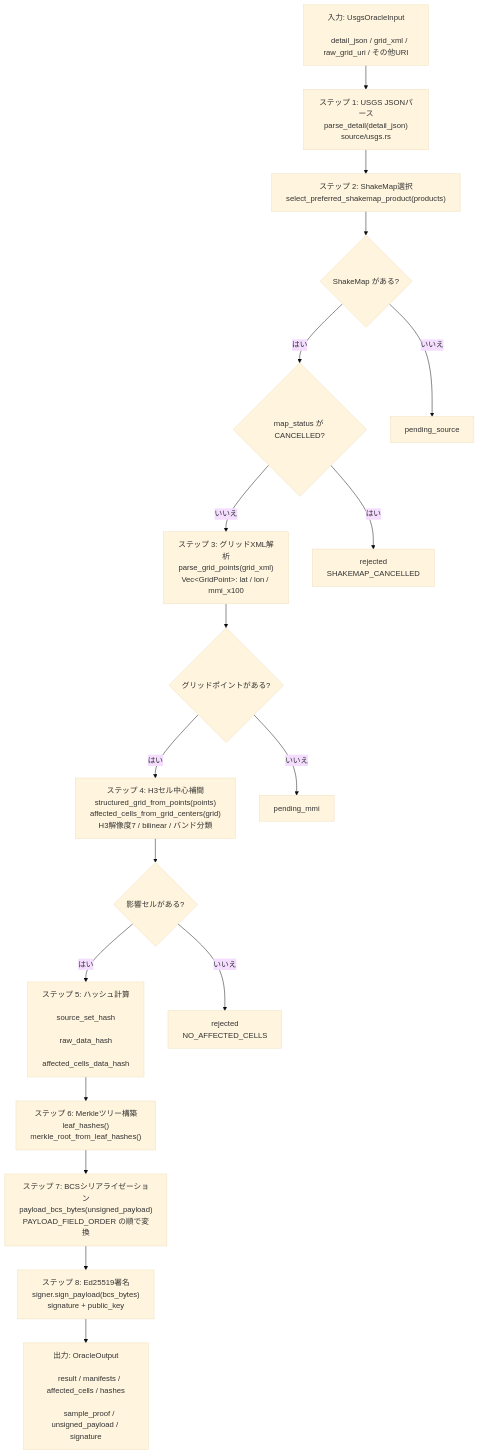
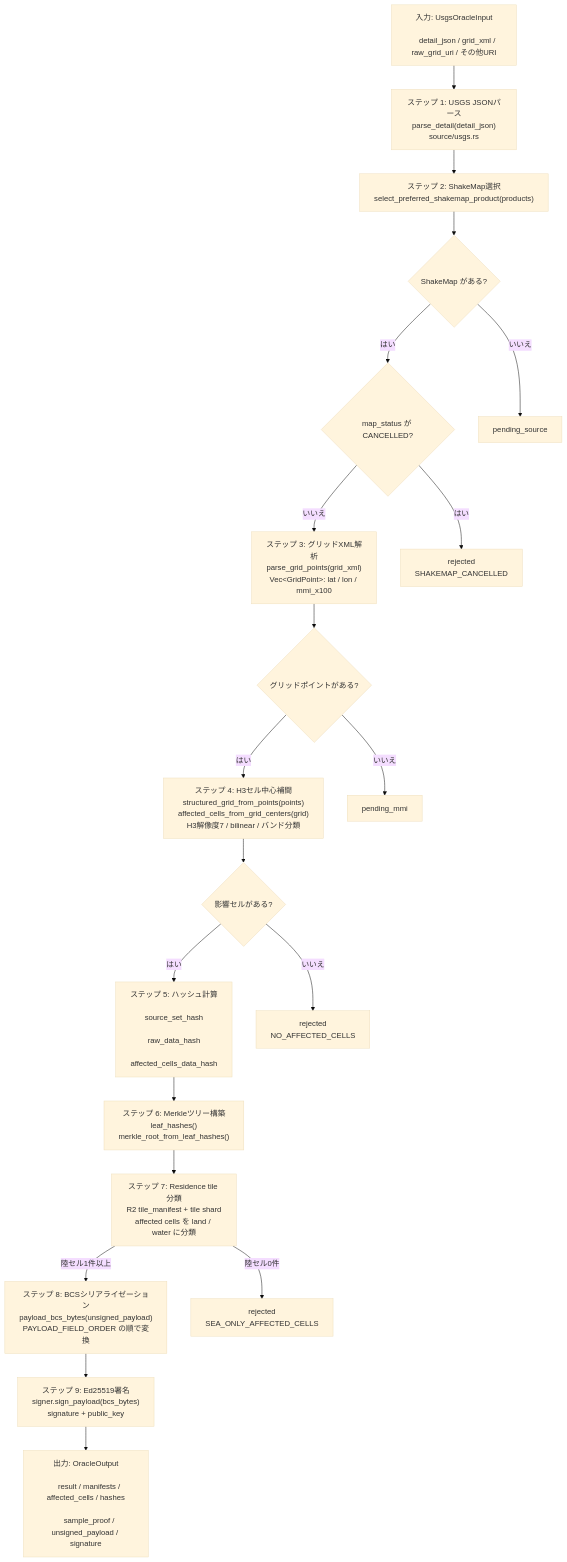
One commit to UnagiLabs/Sonari changed the first of 3 diagrams in docs/verifiers/earthquake_tee.md. Above: the diagram before and after it, drawn with Mermaid (base theme). The commit also changed other lines of this file and 6 other files, not shown here.

First line of the commit message:
docs: earthquakeのresidenceセル定義とresidence tile運用手順をdocs/schemaに反映

````diff
--- a/docs/verifiers/earthquake_tee.md
+++ b/docs/verifiers/earthquake_tee.md
@@ -48,56 +48,61 @@
 ```mermaid
 flowchart TD
   input[
     入力: UsgsOracleInput<br/>
     detail_json / grid_xml / raw_grid_uri / その他URI
   ]
 
   parse["ステップ 1: USGS JSONパース<br/>parse_detail(detail_json)<br/>source/usgs.rs"]
 
   select["ステップ 2: ShakeMap選択<br/>select_preferred_shakemap_product(products)"]
 
   hasShakeMap{ShakeMap がある?}
   cancelled{map_status が CANCELLED?}
 
   grid["ステップ 3: グリッドXML解析<br/>parse_grid_points(grid_xml)<br/>Vec&lt;GridPoint&gt;: lat / lon / mmi_x100"]
 
   hasGrid{グリッドポイントがある?}
 
   cells["ステップ 4: H3セル中心補間<br/>structured_grid_from_points(points)<br/>affected_cells_from_grid_centers(grid)<br/>H3解像度7 / bilinear / バンド分類"]
 
   hasAffectedCells{影響セルがある?}
 
   hash[
     ステップ 5: ハッシュ計算<br/>
     source_set_hash<br/>
     raw_data_hash<br/>
     affected_cells_data_hash
   ]
 
   merkle["ステップ 6: Merkleツリー構築<br/>leaf_hashes()<br/>merkle_root_from_leaf_hashes()"]
 
-  bcs["ステップ 7: BCSシリアライゼーション<br/>payload_bcs_bytes(unsigned_payload)<br/>PAYLOAD_FIELD_ORDER の順で変換"]
+  land["ステップ 7: Residence tile 分類<br/>R2 tile_manifest + tile shard<br/>affected cells を land / water に分類"]
 
-  sign["ステップ 8: Ed25519署名<br/>signer.sign_payload(bcs_bytes)<br/>signature + public_key"]
+  bcs["ステップ 8: BCSシリアライゼーション<br/>payload_bcs_bytes(unsigned_payload)<br/>PAYLOAD_FIELD_ORDER の順で変換"]
+
+  sign["ステップ 9: Ed25519署名<br/>signer.sign_payload(bcs_bytes)<br/>signature + public_key"]
 
   output[
     出力: OracleOutput<br/>
     result / manifests / affected_cells / hashes<br/>
     sample_proof / unsigned_payload / signature
   ]
 
   pendingSource[pending_source]
   pendingMmi[pending_mmi]
   rejectedCancelled[rejected<br/>SHAKEMAP_CANCELLED]
   rejectedNoCells[rejected<br/>NO_AFFECTED_CELLS]
+  rejectedSeaOnly[rejected<br/>SEA_ONLY_AFFECTED_CELLS]
 
   input --> parse --> select --> hasShakeMap
   hasShakeMap -->|いいえ| pendingSource
   hasShakeMap -->|はい| cancelled
   cancelled -->|はい| rejectedCancelled
   cancelled -->|いいえ| grid --> hasGrid
   hasGrid -->|いいえ| pendingMmi
   hasGrid -->|はい| cells --> hasAffectedCells
   hasAffectedCells -->|いいえ| rejectedNoCells
-  hasAffectedCells -->|はい| hash --> merkle --> bcs --> sign --> output
+  hasAffectedCells -->|はい| hash --> merkle --> land
+  land -->|陸セル0件| rejectedSeaOnly
+  land -->|陸セル1件以上| bcs --> sign --> output
 ```
````
